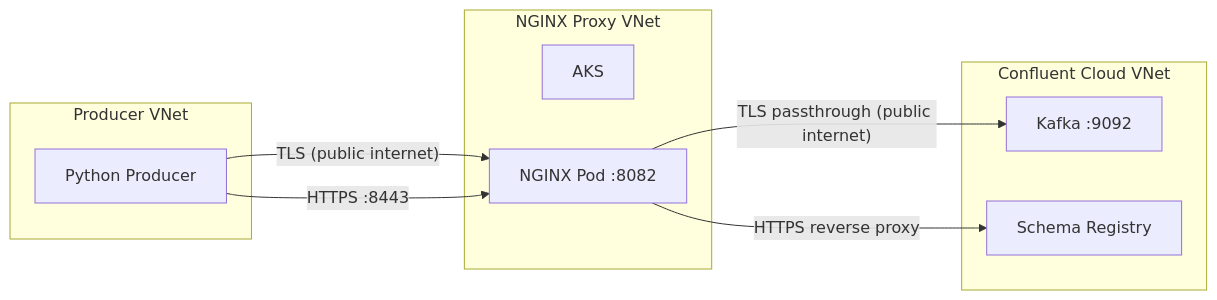
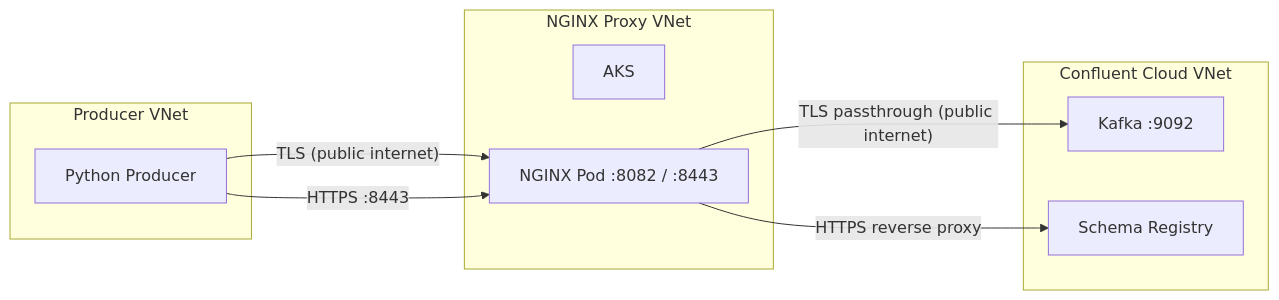
The diagram in README.md (gogetjax/cursor-nginx-proxy), drawn with Mermaid before and after one commit. The commit also changed 2 other files, not shown here.

Commit message:
update architecture diagrams for nginx-mediated schema registry flow
Align docs and README Mermaid diagrams so Schema Registry traffic is shown through NGINX instead of a direct Producer-to-SR path, and redesign the Excalidraw architecture with clearer zones, colorful components, and explicit Kafka/SR flow labels for customer-facing documentation.

````diff
--- a/README.md
+++ b/README.md
@@ -14,18 +14,18 @@
 ```mermaid
 flowchart LR
   subgraph producer_vnet [Producer VNet]
     Producer[Python Producer]
   end
   subgraph nginx_vnet [NGINX Proxy VNet]
     AKS[AKS]
-    NGINX[NGINX Pod :8082]
+    NGINX[NGINX Pod :8082 / :8443]
   end
   subgraph confluent [Confluent Cloud VNet]
     Kafka[Kafka :9092]
     SR[Schema Registry]
   end
   Producer -->|"TLS (public internet)"| NGINX
   NGINX -->|"TLS passthrough (public internet)"| Kafka
   Producer -->|"HTTPS :8443"| NGINX
   NGINX -->|"HTTPS reverse proxy"| SR
 ```
````
